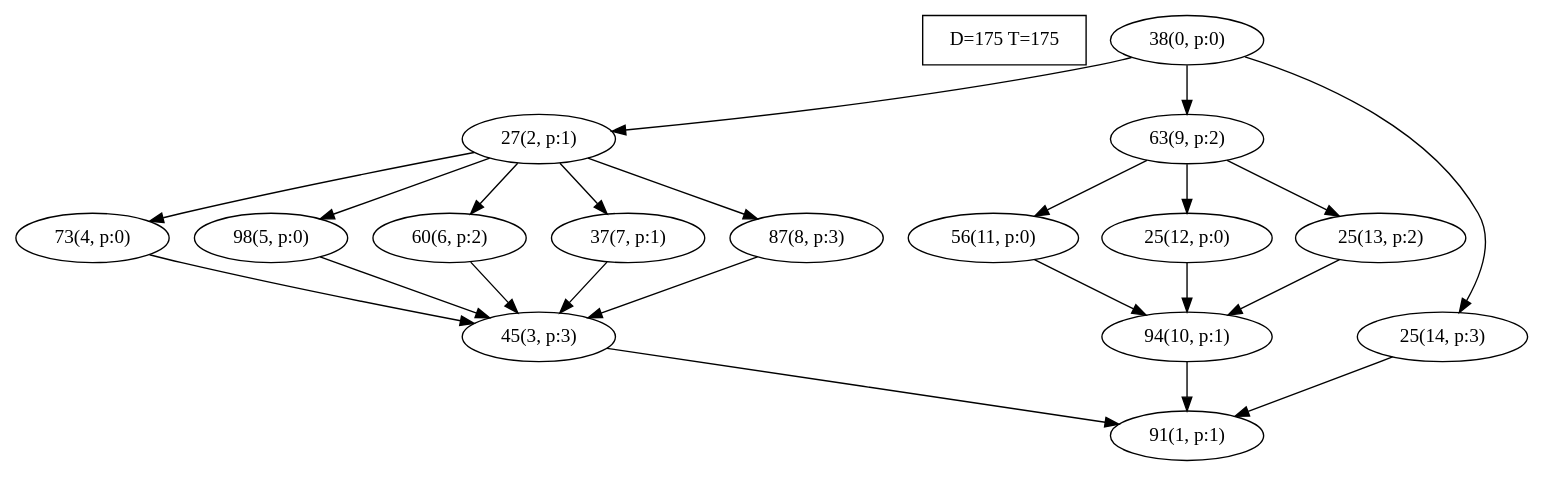
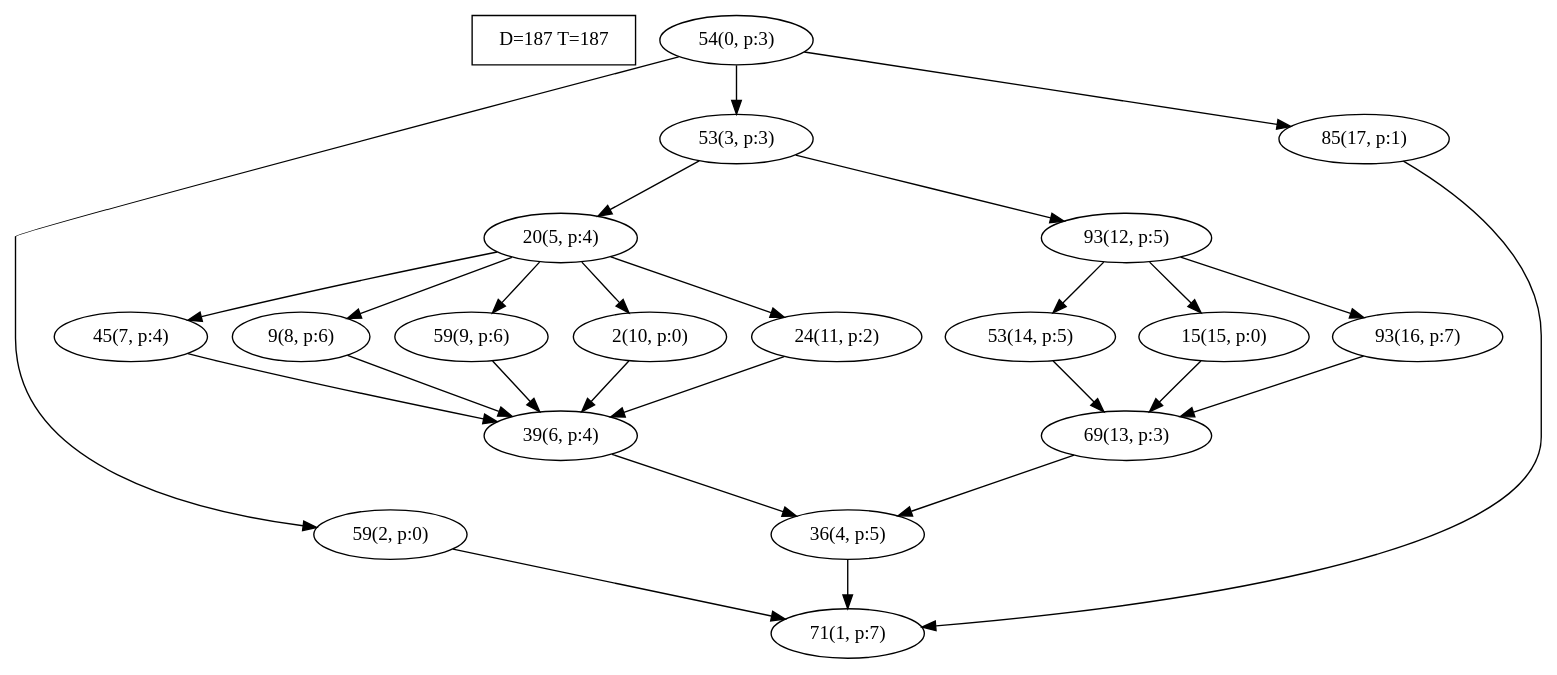
The diagram in res/generated_dags/taskset_93/task_0.dot (gzqx/global-dag-randomization), drawn with Graphviz before and after one commit. The commit also changed 119 other files, not shown here.

```diff
--- a/res/generated_dags/taskset_93/task_0.dot
+++ b/res/generated_dags/taskset_93/task_0.dot
@@ -1,40 +1,47 @@
 digraph Task {
-i [shape=box, label="D=175 T=175"]; 
-0 [label="38(0, p:0)"];
-1 [label="91(1, p:1)"];
-2 [label="27(2, p:1)"];
-3 [label="45(3, p:3)"];
-4 [label="73(4, p:0)"];
-5 [label="98(5, p:0)"];
-6 [label="60(6, p:2)"];
-7 [label="37(7, p:1)"];
-8 [label="87(8, p:3)"];
-9 [label="63(9, p:2)"];
-10 [label="94(10, p:1)"];
-11 [label="56(11, p:0)"];
-12 [label="25(12, p:0)"];
-13 [label="25(13, p:2)"];
-14 [label="25(14, p:3)"];
+i [shape=box, label="D=187 T=187"]; 
+0 [label="54(0, p:3)"];
+1 [label="71(1, p:7)"];
+2 [label="59(2, p:0)"];
+3 [label="53(3, p:3)"];
+4 [label="36(4, p:5)"];
+5 [label="20(5, p:4)"];
+6 [label="39(6, p:4)"];
+7 [label="45(7, p:4)"];
+8 [label="9(8, p:6)"];
+9 [label="59(9, p:6)"];
+10 [label="2(10, p:0)"];
+11 [label="24(11, p:2)"];
+12 [label="93(12, p:5)"];
+13 [label="69(13, p:3)"];
+14 [label="53(14, p:5)"];
+15 [label="15(15, p:0)"];
+16 [label="93(16, p:7)"];
+17 [label="85(17, p:1)"];
 0 -> 2;
-0 -> 9;
-0 -> 14;
-2 -> 4;
-2 -> 5;
-2 -> 6;
-2 -> 7;
-2 -> 8;
-3 -> 1;
-4 -> 3;
-5 -> 3;
-6 -> 3;
-7 -> 3;
-8 -> 3;
-9 -> 11;
-9 -> 12;
-9 -> 13;
-10 -> 1;
-11 -> 10;
-12 -> 10;
-13 -> 10;
-14 -> 1;
+0 -> 3;
+0 -> 17;
+2 -> 1;
+3 -> 5;
+3 -> 12;
+4 -> 1;
+5 -> 7;
+5 -> 8;
+5 -> 9;
+5 -> 10;
+5 -> 11;
+6 -> 4;
+7 -> 6;
+8 -> 6;
+9 -> 6;
+10 -> 6;
+11 -> 6;
+12 -> 14;
+12 -> 15;
+12 -> 16;
+13 -> 4;
+14 -> 13;
+15 -> 13;
+16 -> 13;
+17 -> 1;
 }
```
